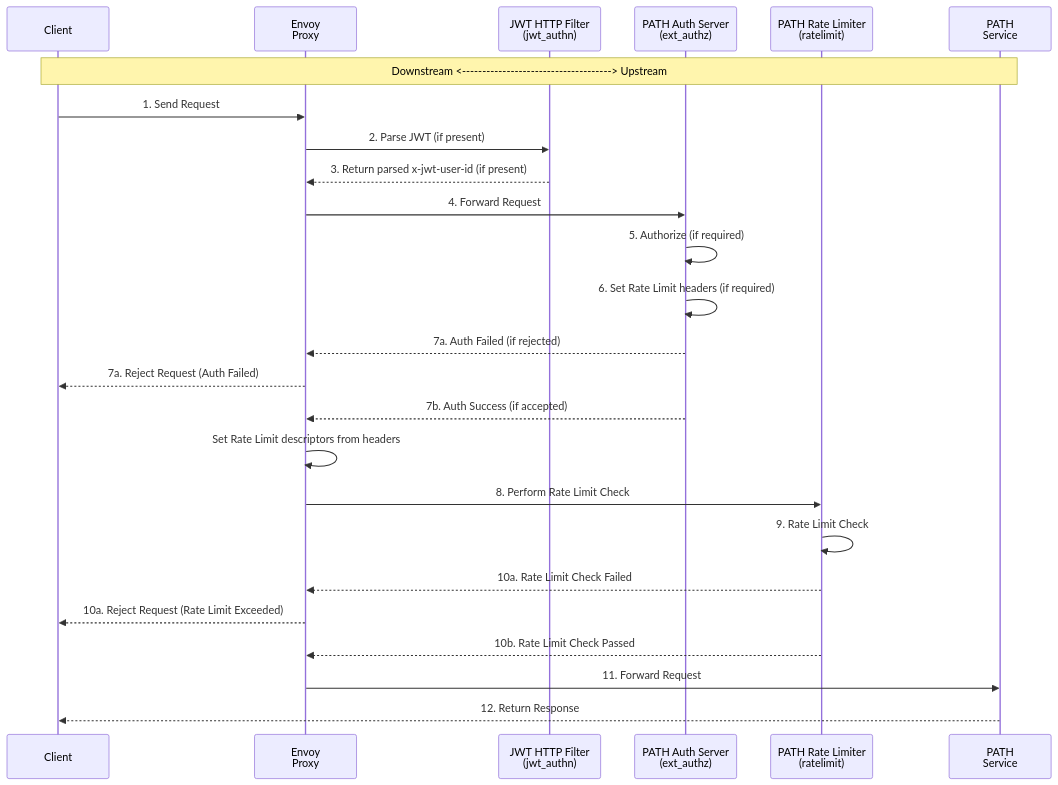
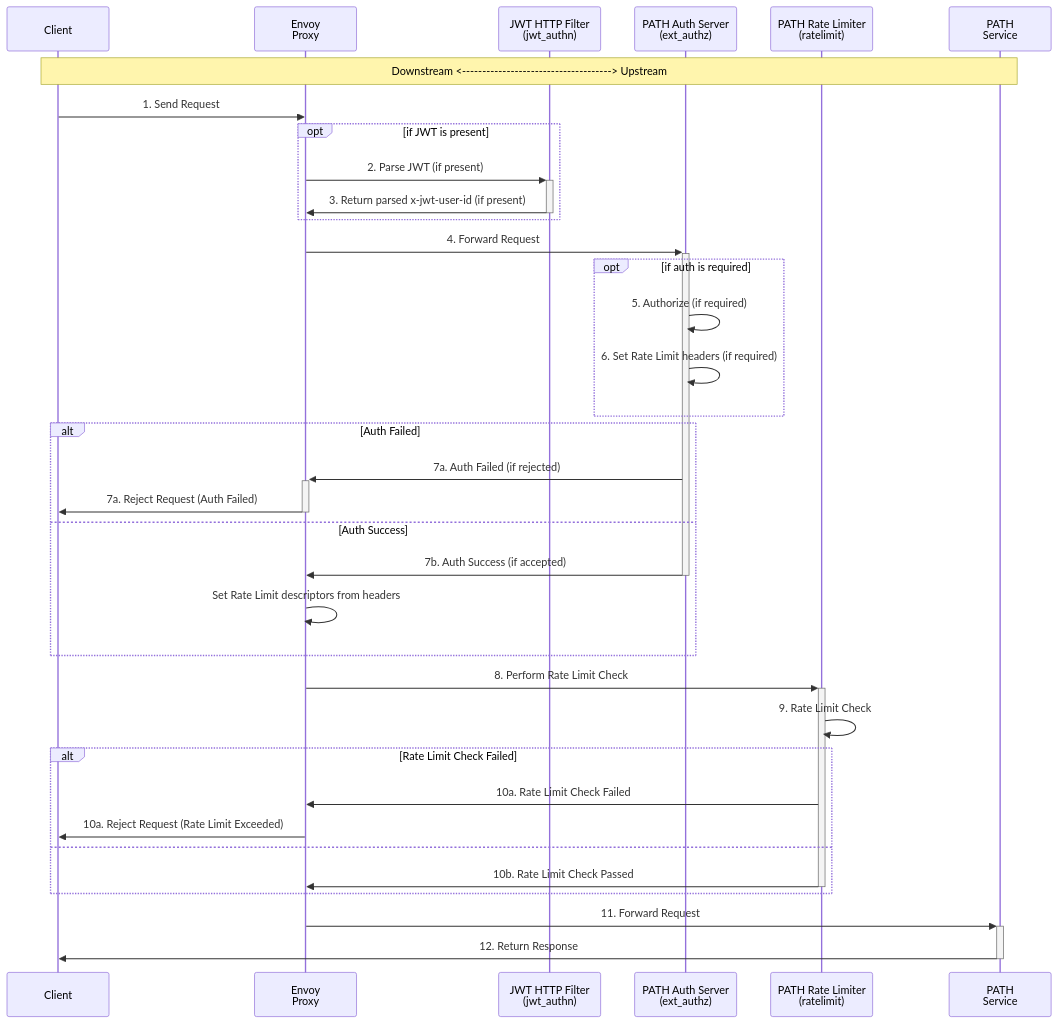
The second of 3 diagrams in envoy/README.md (buildwithgrove/path), drawn with Mermaid before and after one commit. The commit also changed other lines of this file, not shown here.

Commit message:
Review envoy/README.md

````diff
--- a/envoy/README.md
+++ b/envoy/README.md
@@ -160,30 +171,47 @@
 ```mermaid
 sequenceDiagram
     participant Client
     participant Envoy as Envoy<br>Proxy
     participant JWTFilter as JWT HTTP Filter<br>(jwt_authn)
     participant AuthServer as PATH Auth Server<br>(ext_authz)
     participant RateLimiter as PATH Rate Limiter<br>(ratelimit)
     participant Service as PATH<br>Service
 
     %% Add bidirectional arrow for Upstream and Downstream
     Note over Client,Service: Downstream <-------------------------------------> Upstream
 
     Client->>Envoy: 1. Send Request
-    Envoy->>JWTFilter: 2. Parse JWT (if present)
-    JWTFilter-->>Envoy: 3. Return parsed x-jwt-user-id (if present)
-    Envoy->>AuthServer: 4. Forward Request
-    AuthServer->>AuthServer: 5. Authorize (if required)
-    AuthServer->>AuthServer: 6. Set Rate Limit headers (if required)
-    AuthServer-->>Envoy: 7a. Auth Failed (if rejected)
-    Envoy-->>Client: 7a. Reject Request (Auth Failed)
-    AuthServer-->>Envoy: 7b. Auth Success (if accepted)
-    Envoy->>Envoy: Set Rate Limit descriptors from headers
-    Envoy->>RateLimiter: 8. Perform Rate Limit Check
+
+    opt if JWT is present
+      Envoy->>+JWTFilter: 2. Parse JWT (if present)
+      JWTFilter->>-Envoy: 3. Return parsed x-jwt-user-id (if present)
+    end
+
+    Envoy->>+AuthServer: 4. Forward Request
+
+    opt if auth is required
+      AuthServer->>AuthServer: 5. Authorize (if required)
+      AuthServer->>AuthServer: 6. Set Rate Limit headers (if required)
+    end
+
+    alt Auth Failed
+      AuthServer->>+Envoy: 7a. Auth Failed (if rejected)
+      Envoy->>-Client: 7a. Reject Request (Auth Failed)
+    else Auth Success
+      AuthServer->>-Envoy: 7b. Auth Success (if accepted)
+      Envoy->>Envoy: Set Rate Limit descriptors from headers
+    end
+
+    Envoy->>+RateLimiter: 8. Perform Rate Limit Check
     RateLimiter->>RateLimiter: 9. Rate Limit Check
-    RateLimiter-->>Envoy: 10a. Rate Limit Check Failed
-    Envoy-->>Client: 10a. Reject Request (Rate Limit Exceeded)
-    RateLimiter-->>Envoy: 10b. Rate Limit Check Passed
-    Envoy->>Service: 11. Forward Request
-    Service-->>Client: 12. Return Response
+
+    alt Rate Limit Check Failed
+      RateLimiter->>Envoy: 10a. Rate Limit Check Failed
+      Envoy->>Client: 10a. Reject Request (Rate Limit Exceeded)
+    else
+      RateLimiter->>-Envoy: 10b. Rate Limit Check Passed
+    end
+
+    Envoy->>+Service: 11. Forward Request
+    Service->>-Client: 12. Return Response
 ```
````
